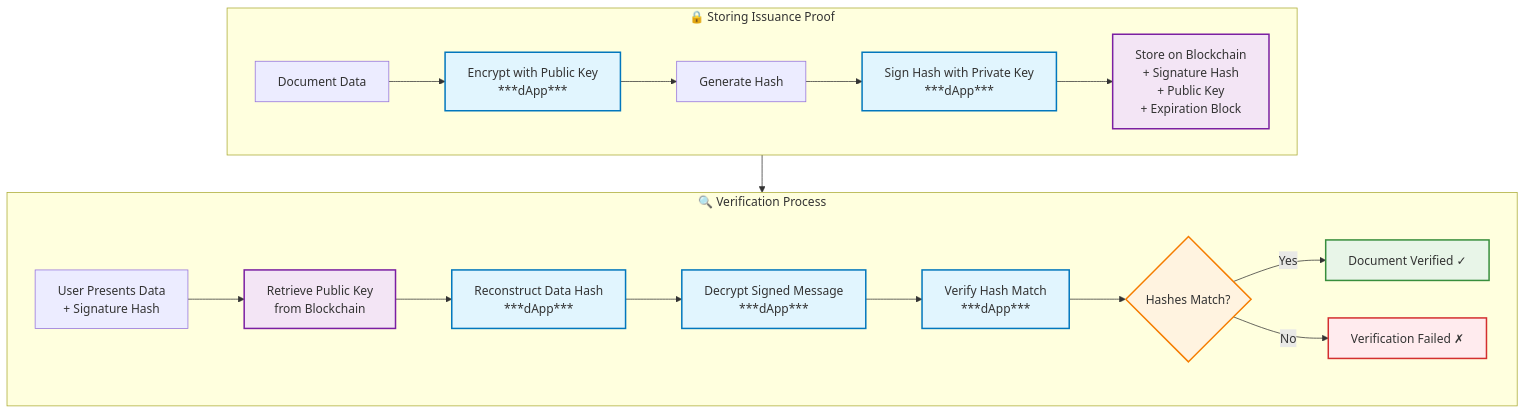
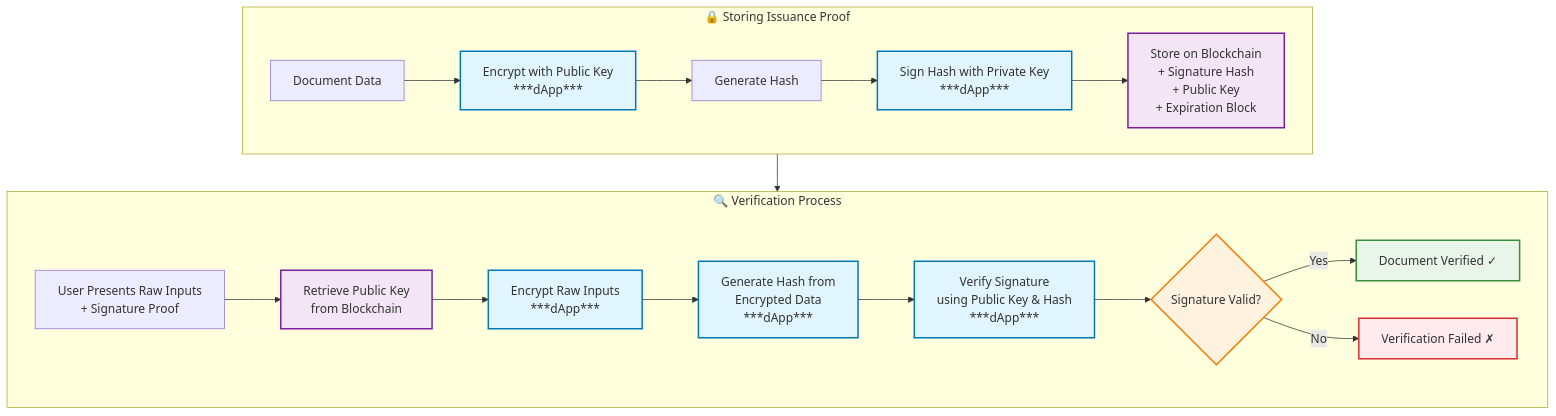
One commit to yumingchangsabodota/Probo changed the first of 2 diagrams in OVERVIEW.md. Above: the diagram before and after it, drawn with Mermaid. The commit also changed other lines of this file, not shown here.

````diff
--- a/OVERVIEW.md
+++ b/OVERVIEW.md
@@ -33,37 +33,37 @@
 ```mermaid
 flowchart TB
     subgraph STORE ["🔒 Storing Issuance Proof"]
         direction LR
         A[Document Data] --> B[Encrypt with Public Key<br/>***dApp***]
         B --> C[Generate Hash]
         C --> D[Sign Hash with Private Key<br/>***dApp***]
         D --> E[Store on Blockchain<br/>+ Signature Hash<br/>+ Public Key<br/>+ Expiration Block]
     end
 
     subgraph VERIFY ["🔍 Verification Process"]
         direction LR
-        F[User Presents Data<br/>+ Signature Hash] --> G[Retrieve Public Key<br/>from Blockchain]
-        G --> H[Reconstruct Data Hash<br/>***dApp***]
-        H --> I[Decrypt Signed Message<br/>***dApp***]
-        I --> J[Verify Hash Match<br/>***dApp***]
-        J --> K{Hashes Match?}
+        F[User Presents Raw Inputs<br/>+ Signature Proof] --> G[Retrieve Public Key<br/>from Blockchain]
+        G --> H[Encrypt Raw Inputs<br/>***dApp***]
+        H --> I[Generate Hash from<br/>Encrypted Data<br/>***dApp***]
+        I --> J[Verify Signature<br/>using Public Key & Hash<br/>***dApp***]
+        J --> K{Signature Valid?}
         K -->|Yes| L[Document Verified ✓]
         K -->|No| M[Verification Failed ✗]
     end
 
     %% Connection between processes
     STORE --> VERIFY
 
     %% Styling
     classDef dappProcess fill:#e1f5fe,stroke:#0277bd,stroke-width:2px
     classDef blockchain fill:#f3e5f5,stroke:#7b1fa2,stroke-width:2px
     classDef decision fill:#fff3e0,stroke:#f57c00,stroke-width:2px
     classDef success fill:#e8f5e8,stroke:#388e3c,stroke-width:2px
     classDef failure fill:#ffebee,stroke:#d32f2f,stroke-width:2px
 
     class B,D,H,I,J dappProcess
     class E,G blockchain
     class K decision
     class L success
     class M failure
 ```
````
